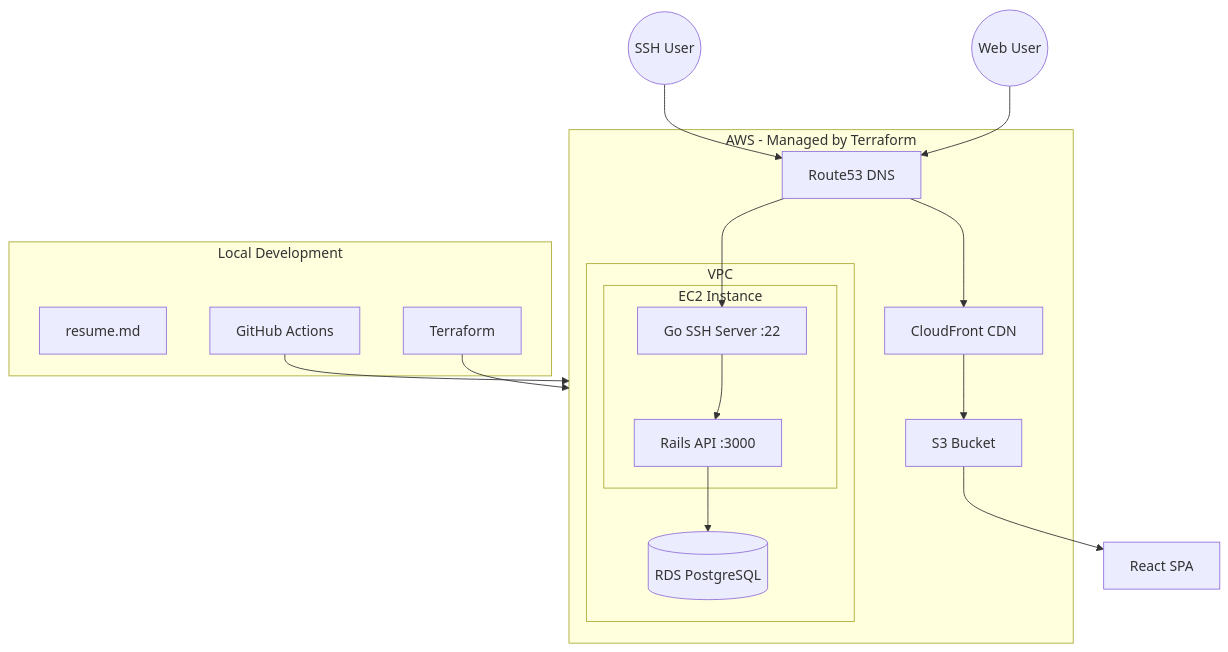
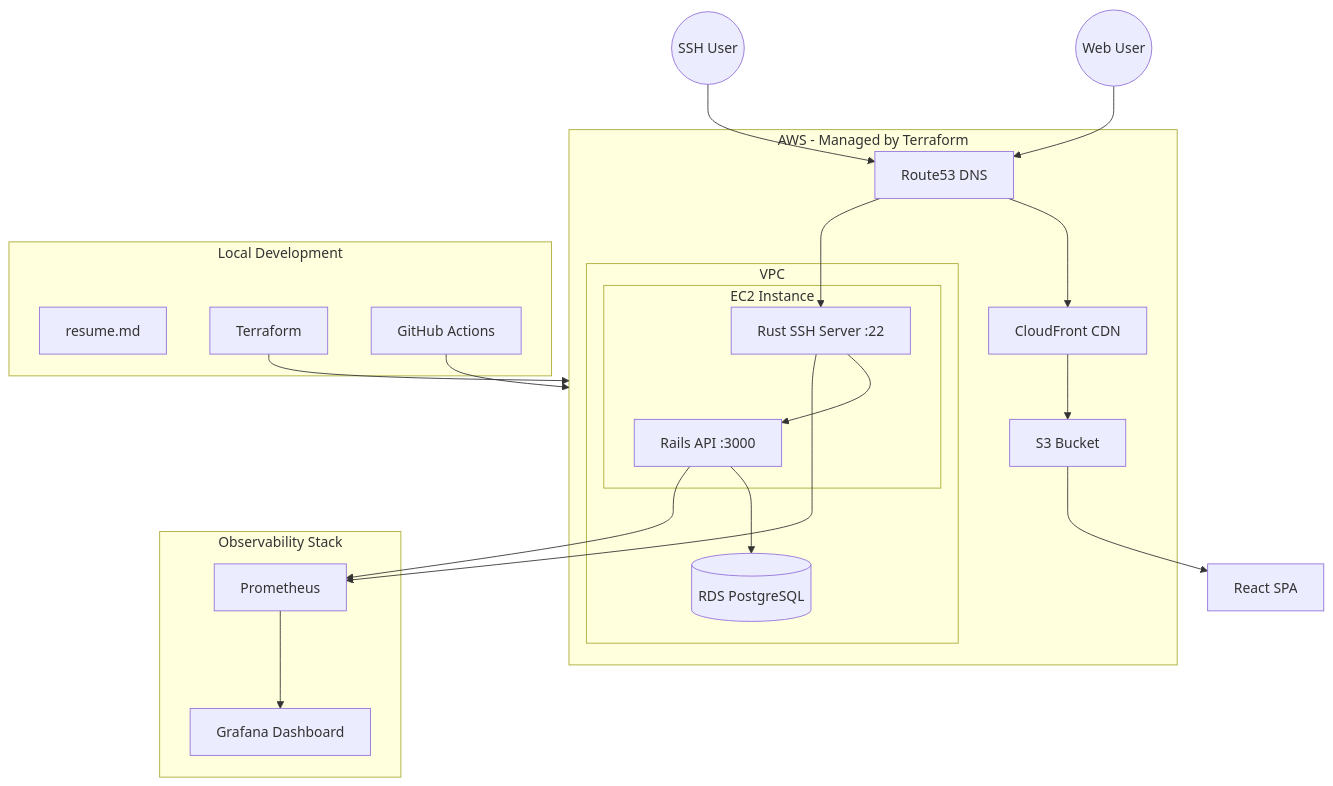
The first of 2 diagrams in portfolio_with_rails_+_go_tui_08c11565.plan.md (mattmagin/whoami), drawn with Mermaid before and after one commit. The commit also changed other lines of this file and 10 other files, not shown here.

````diff
--- a/portfolio_with_rails_+_go_tui_08c11565.plan.md
+++ b/portfolio_with_rails_+_go_tui_08c11565.plan.md
@@ -55,32 +60,40 @@
 ```mermaid
 graph TB
     subgraph aws [AWS - Managed by Terraform]
         subgraph vpc [VPC]
             subgraph ec2 [EC2 Instance]
                 Rails[Rails API :3000]
-                GoSSH[Go SSH Server :22]
+                RustSSH[Rust SSH Server :22]
             end
             RDS[(RDS PostgreSQL)]
         end
         S3[S3 Bucket]
         CloudFront[CloudFront CDN]
         Route53[Route53 DNS]
     end
     
     subgraph local [Local Development]
         MD[resume.md]
         TF[Terraform]
         GHA[GitHub Actions]
     end
     
+    subgraph observability [Observability Stack]
+        Prometheus[Prometheus]
+        Grafana[Grafana Dashboard]
+    end
+    
     User((Web User)) --> Route53
     SSHUser((SSH User)) --> Route53
     Route53 --> CloudFront
-    Route53 --> GoSSH
+    Route53 --> RustSSH
     CloudFront --> S3
     S3 --> ReactSPA[React SPA]
     Rails --> RDS
-    GoSSH --> Rails
+    RustSSH --> Rails
+    Rails --> Prometheus
+    RustSSH --> Prometheus
+    Prometheus --> Grafana
     TF --> aws
     GHA --> aws
 ```
````
